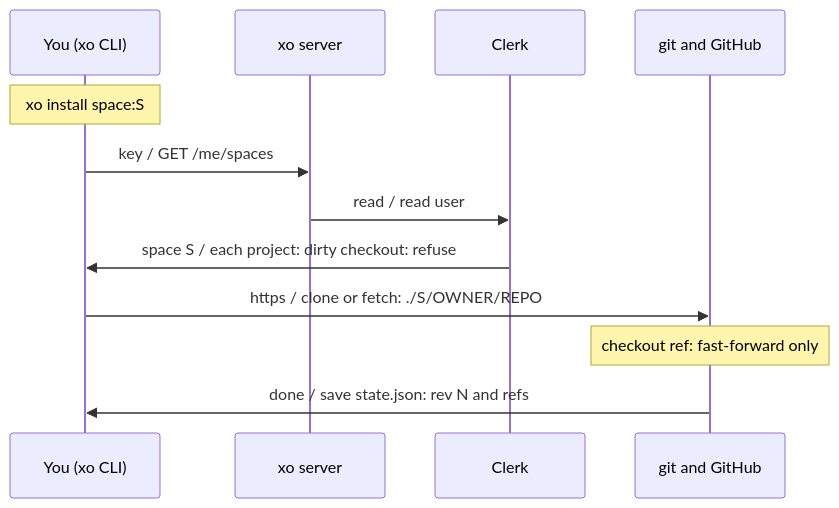
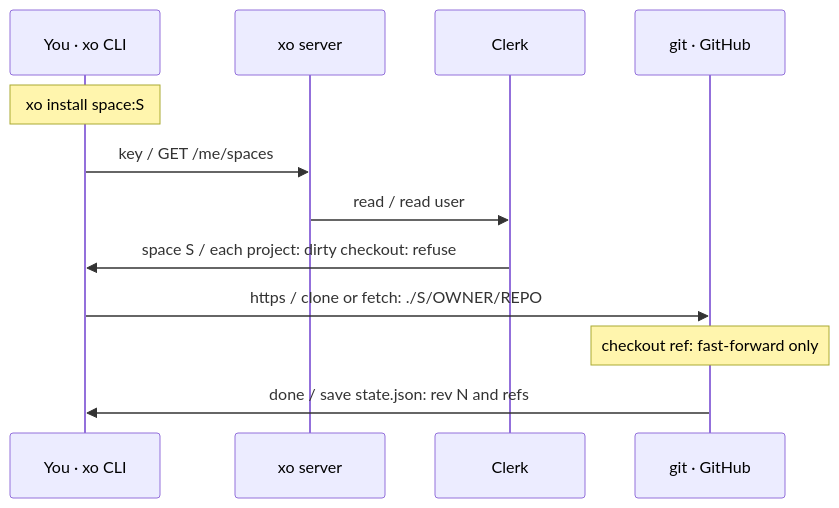
Diagram 17 of 30 in docs/architecture.md (quirq-ai/xo), drawn with Mermaid before and after one commit. The commit also changed other lines of this file and 13 other files, not shown here.

First line of the commit message:
xo create: one command for every space and project

````diff
--- a/docs/architecture.md
+++ b/docs/architecture.md
@@ -341,14 +356,14 @@
 ```mermaid
 sequenceDiagram
-  participant CLI as You (xo CLI)
-  participant Server as xo server
+  participant Cli as You · xo CLI
+  participant Srv as xo server
   participant Clerk as Clerk
-  participant Git as git and GitHub
-  Note over CLI: xo install space:S
-  CLI->>Server: key / GET /me/spaces
-  Server->>Clerk: read / read user
-  Clerk->>CLI: space S / each project: dirty checkout: refuse
-  CLI->>Git: https / clone or fetch: ./S/OWNER/REPO
+  participant Git as git · GitHub
+  Note over Cli: xo install space:S
+  Cli->>Srv: key / GET /me/spaces
+  Srv->>Clerk: read / read user
+  Clerk->>Cli: space S / each project: dirty checkout: refuse
+  Cli->>Git: https / clone or fetch: ./S/OWNER/REPO
   Note over Git: checkout ref: fast-forward only
-  Git->>CLI: done / save state.json: rev N and refs
+  Git->>Cli: done / save state.json: rev N and refs
 ```
````
